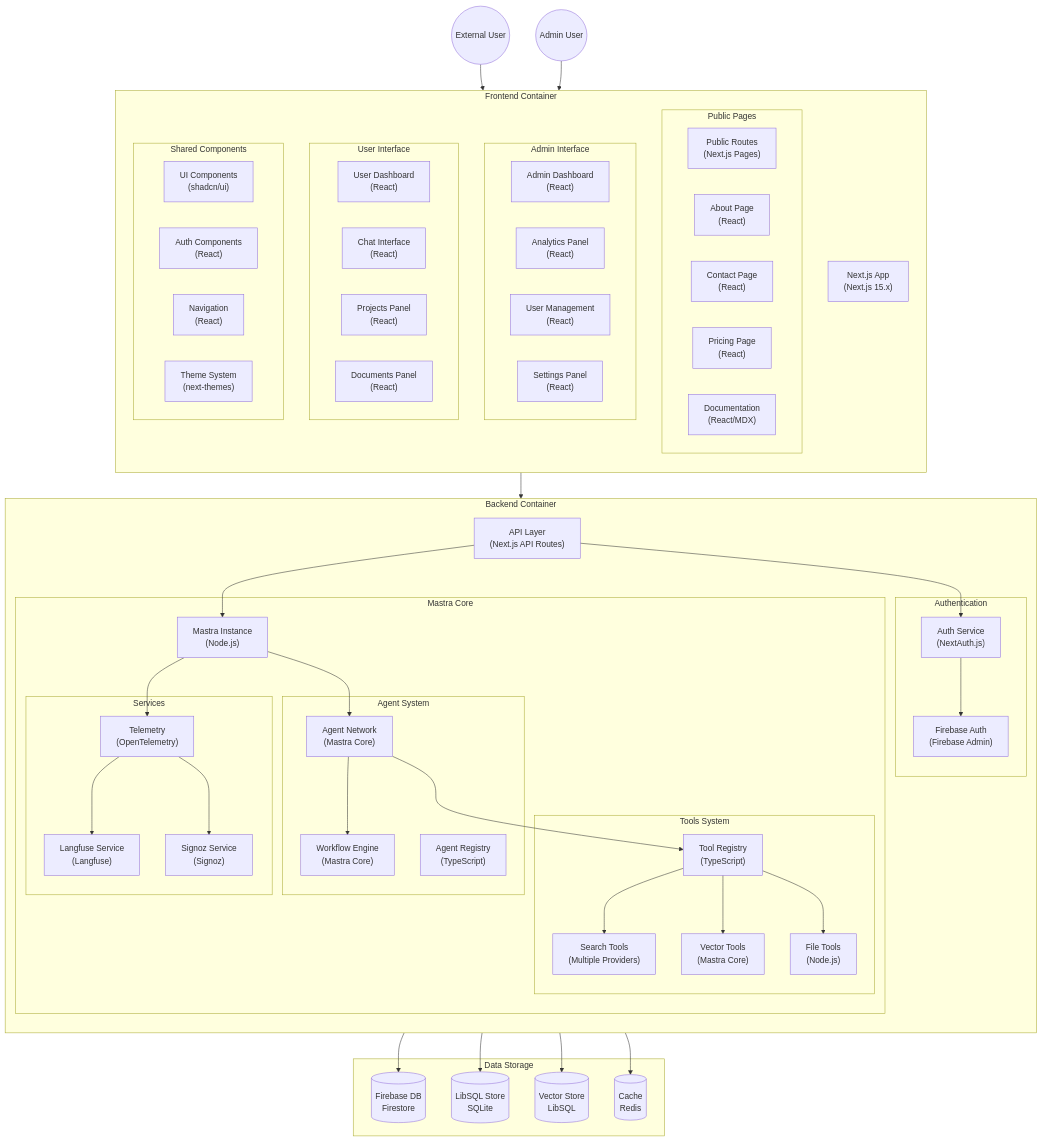
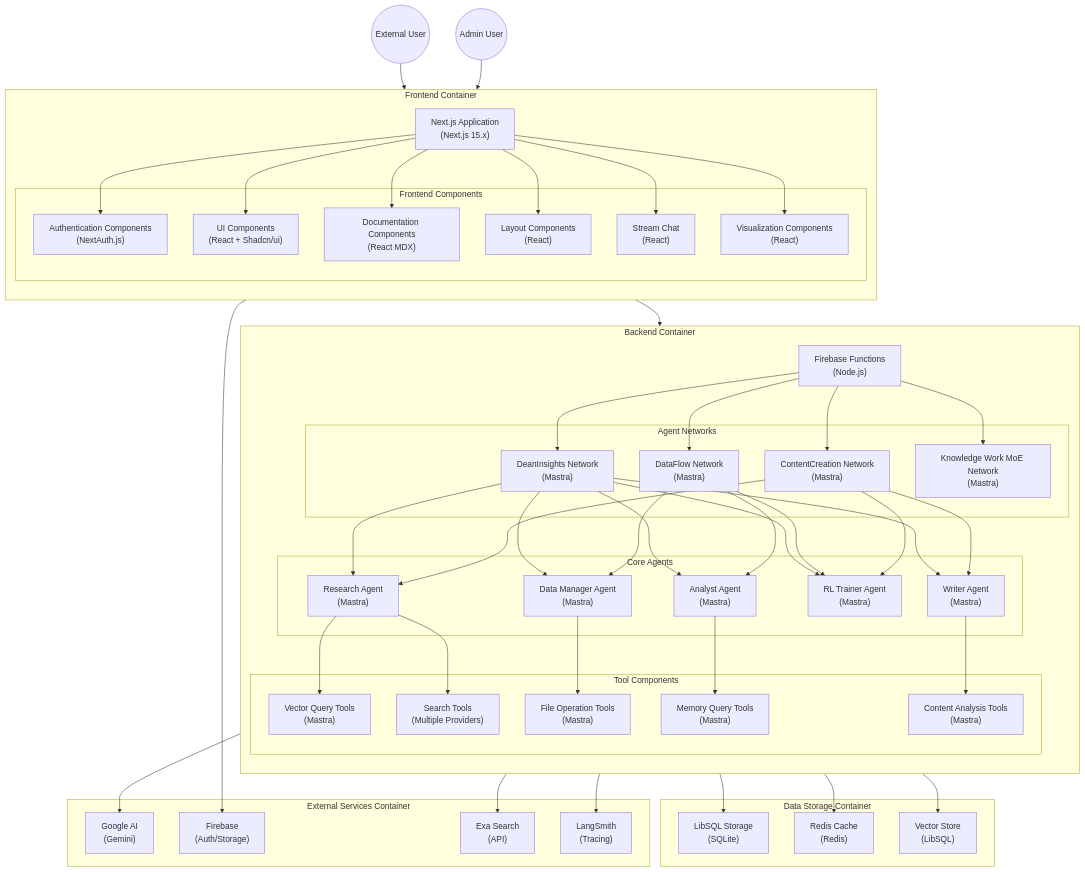
Before and after one commit to ssdeanx/deanmachines-front: the sixth of 6 diagrams in README.md, drawn with Mermaid.

Commit message:
feat(readme): update architecture diagram and component descriptions
Refine the architecture diagram in the README to enhance clarity and
understanding of the system components. Updated component names and
groupings for better organization and readability, ensuring accurate
representation of the frontend and backend structures.

````diff
--- a/README.md
+++ b/README.md
@@ -636,104 +636,112 @@
 ```mermaid
 graph TB
-    User(("External User"))
-    Admin(("Admin User"))
+    User((External User))
+    Admin((Admin User))
 
     subgraph "Frontend Container"
         direction TB
-        NextApp["Next.js App<br>(Next.js 15.x)"]
+        NextApp["Next.js Application<br>(Next.js 15.x)"]
         
-        subgraph "Public Pages"
-            PublicPages["Public Routes<br>(Next.js Pages)"]
-            AboutPage["About Page<br>(React)"]
-            ContactPage["Contact Page<br>(React)"]
-            PricingPage["Pricing Page<br>(React)"]
-            DocsPage["Documentation<br>(React/MDX)"]
-        end
-
-        subgraph "Admin Interface"
-            AdminDashboard["Admin Dashboard<br>(React)"]
-            Analytics["Analytics Panel<br>(React)"]
-            UserManagement["User Management<br>(React)"]
-            Settings["Settings Panel<br>(React)"]
-        end
-
-        subgraph "User Interface"
-            UserDashboard["User Dashboard<br>(React)"]
-            ChatInterface["Chat Interface<br>(React)"]
-            ProjectsPanel["Projects Panel<br>(React)"]
-            DocumentsPanel["Documents Panel<br>(React)"]
-        end
-
-        subgraph "Shared Components"
-            UIComponents["UI Components<br>(shadcn/ui)"]
-            AuthComponents["Auth Components<br>(React)"]
-            Navigation["Navigation<br>(React)"]
-            ThemeSystem["Theme System<br>(next-themes)"]
+        subgraph "Frontend Components"
+            AuthComponents["Authentication Components<br>(NextAuth.js)"]
+            UIComponents["UI Components<br>(React + Shadcn/ui)"]
+            DocComponents["Documentation Components<br>(React MDX)"]
+            LayoutComponents["Layout Components<br>(React)"]
+            StreamChat["Stream Chat<br>(React)"]
+            Visualization["Visualization Components<br>(React)"]
         end
     end
 
     subgraph "Backend Container"
         direction TB
-        APILayer["API Layer<br>(Next.js API Routes)"]
+        FirebaseFunctions["Firebase Functions<br>(Node.js)"]
         
-        subgraph "Authentication"
-            AuthService["Auth Service<br>(NextAuth.js)"]
-            FirebaseAuth["Firebase Auth<br>(Firebase Admin)"]
+        subgraph "Agent Networks"
+            DeanInsights["DeanInsights Network<br>(Mastra)"]
+            DataFlow["DataFlow Network<br>(Mastra)"]
+            ContentCreation["ContentCreation Network<br>(Mastra)"]
+            KnowledgeWorkMoE["Knowledge Work MoE Network<br>(Mastra)"]
         end
 
-        subgraph "Mastra Core"
-            MastraInstance["Mastra Instance<br>(Node.js)"]
-            
-            subgraph "Agent System"
-                AgentNetwork["Agent Network<br>(Mastra Core)"]
-                AgentRegistry["Agent Registry<br>(TypeScript)"]
-                WorkflowEngine["Workflow Engine<br>(Mastra Core)"]
-            end
+        subgraph "Core Agents"
+            ResearchAgent["Research Agent<br>(Mastra)"]
+            AnalystAgent["Analyst Agent<br>(Mastra)"]
+            WriterAgent["Writer Agent<br>(Mastra)"]
+            RLTrainerAgent["RL Trainer Agent<br>(Mastra)"]
+            DataManagerAgent["Data Manager Agent<br>(Mastra)"]
+        end
 
-            subgraph "Tools System"
-                ToolRegistry["Tool Registry<br>(TypeScript)"]
-                SearchTools["Search Tools<br>(Multiple Providers)"]
-                VectorTools["Vector Tools<br>(Mastra Core)"]
-                FileTools["File Tools<br>(Node.js)"]
-            end
-
-            subgraph "Services"
-                Telemetry["Telemetry<br>(OpenTelemetry)"]
-                LangfuseService["Langfuse Service<br>(Langfuse)"]
-                SignozService["Signoz Service<br>(Signoz)"]
-            end
+        subgraph "Tool Components"
+            VectorTools["Vector Query Tools<br>(Mastra)"]
+            SearchTools["Search Tools<br>(Multiple Providers)"]
+            FileTools["File Operation Tools<br>(Mastra)"]
+            MemoryTools["Memory Query Tools<br>(Mastra)"]
+            ContentTools["Content Analysis Tools<br>(Mastra)"]
         end
     end
 
-    subgraph "Data Storage"
-        FirebaseDB[("Firebase DB<br>Firestore")]
-        LibSQLStore[("LibSQL Store<br>SQLite")]
-        VectorStore[("Vector Store<br>LibSQL")]
-        Redis[("Cache<br>Redis")]
+    subgraph "Data Storage Container"
+        LibSQL["LibSQL Storage<br>(SQLite)"]
+        Redis["Redis Cache<br>(Redis)"]
+        VectorStore["Vector Store<br>(LibSQL)"]
     end
 
-    %% Connections
+    subgraph "External Services Container"
+        GoogleAI["Google AI<br>(Gemini)"]
+        Firebase["Firebase<br>(Auth/Storage)"]
+        ExaSearch["Exa Search<br>(API)"]
+        LangSmith["LangSmith<br>(Tracing)"]
+    end
+
+    %% Frontend to Backend Connections
     User --> NextApp
     Admin --> NextApp
-    NextApp --> APILayer
-    APILayer --> AuthService
-    AuthService --> FirebaseAuth
-    FirebaseAuth --> FirebaseDB
+    NextApp --> FirebaseFunctions
     
-    APILayer --> MastraInstance
-    MastraInstance --> AgentNetwork
-    AgentNetwork --> ToolRegistry
-    AgentNetwork --> WorkflowEngine
+    %% Frontend Component Relationships
+    NextApp --> AuthComponents
+    NextApp --> UIComponents
+    NextApp --> DocComponents
+    NextApp --> LayoutComponents
+    NextApp --> StreamChat
+    NextApp --> Visualization
+
+    %% Backend Component Relationships
+    FirebaseFunctions --> DeanInsights
+    FirebaseFunctions --> DataFlow
+    FirebaseFunctions --> ContentCreation
+    FirebaseFunctions --> KnowledgeWorkMoE
+
+    %% Agent Network to Agent Relationships
+    DeanInsights --> ResearchAgent
+    DeanInsights --> AnalystAgent
+    DeanInsights --> WriterAgent
+    DeanInsights --> RLTrainerAgent
+    DeanInsights --> DataManagerAgent
+
+    DataFlow --> AnalystAgent
+    DataFlow --> DataManagerAgent
+    DataFlow --> RLTrainerAgent
+
+    ContentCreation --> ResearchAgent
+    ContentCreation --> WriterAgent
+    ContentCreation --> RLTrainerAgent
+
+    %% Tool Component Relationships
+    ResearchAgent --> VectorTools
+    ResearchAgent --> SearchTools
+    DataManagerAgent --> FileTools
+    AnalystAgent --> MemoryTools
+    WriterAgent --> ContentTools
+
+    %% Data Storage Relationships
+    MemoryTools --> LibSQL
+    MemoryTools --> Redis
+    VectorTools --> VectorStore
     
-    MastraInstance --> LibSQLStore
-    MastraInstance --> VectorStore
-    MastraInstance --> Redis
-    
-    ToolRegistry --> SearchTools
-    ToolRegistry --> VectorTools
-    ToolRegistry --> FileTools
-    
-    MastraInstance --> Telemetry
-    Telemetry --> LangfuseService
-    Telemetry --> SignozService
+    %% External Service Relationships
+    ResearchAgent --> GoogleAI
+    AuthComponents --> Firebase
+    SearchTools --> ExaSearch
+    FirebaseFunctions --> LangSmith
 ```
````
